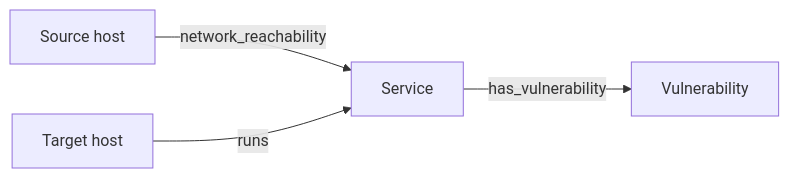
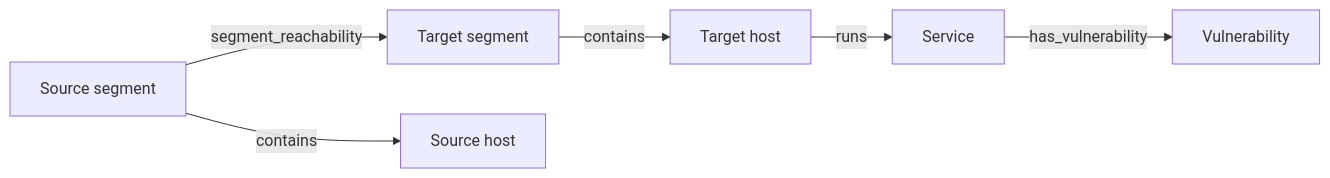
The diagram in docs/concepts/model.md (michalo1334/master_thesis), drawn with Mermaid before and after one commit. The commit also changed other lines of this file and 32 other files, not shown here.

````diff
--- a/docs/concepts/model.md
+++ b/docs/concepts/model.md
@@ -29,6 +36,8 @@
 ```mermaid
 flowchart LR
-    Source[Source host] -->|network_reachability| Service[Service]
-    Target[Target host] -->|runs| Service
+    Source[Source segment] -->|segment_reachability| Target[Target segment]
+    Source -->|contains| SourceHost[Source host]
+    Target -->|contains| TargetHost[Target host]
+    TargetHost -->|runs| Service[Service]
     Service -->|has_vulnerability| Vulnerability[Vulnerability]
 ```
````
